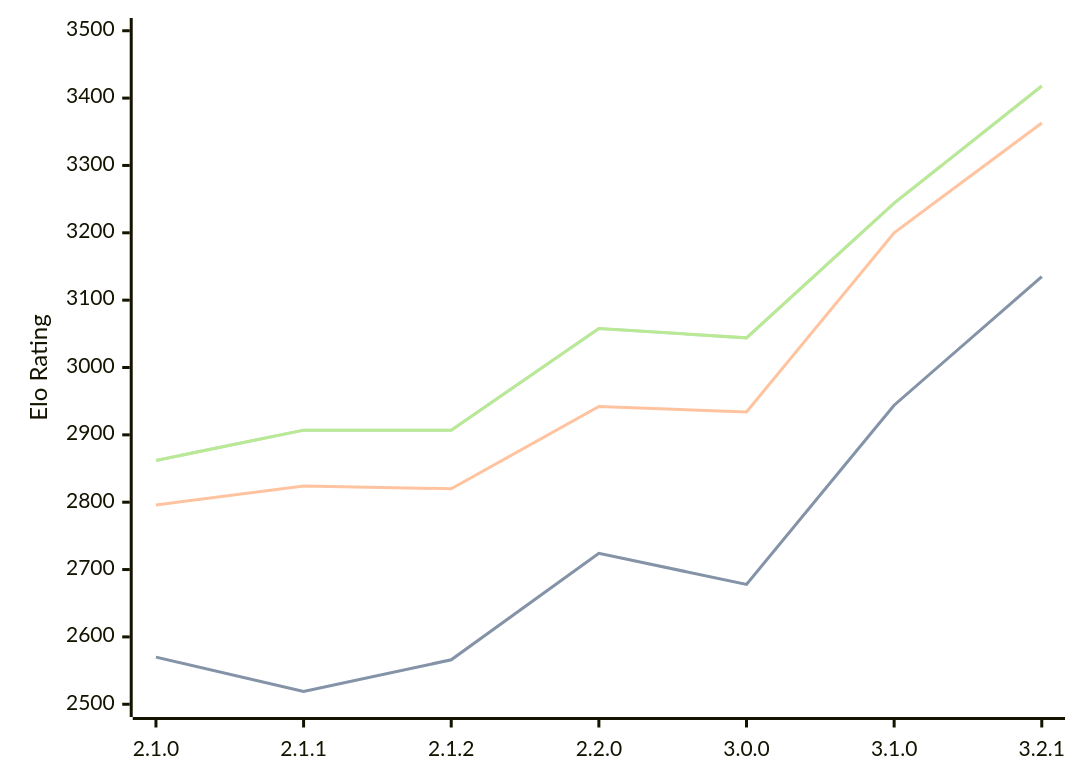
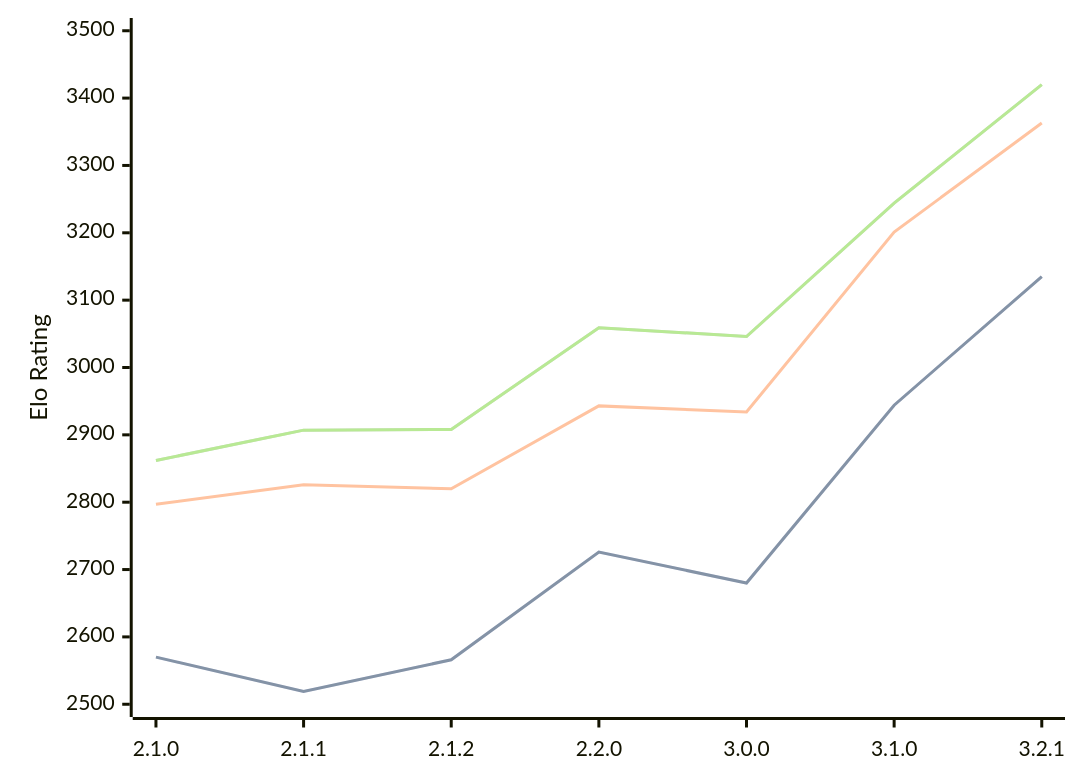
The diagram in engines/Prune.md (computer-chess-index/cci), drawn with Mermaid before and after one commit. The commit also changed other lines of this file, not shown here.

Commit message:
Update CCI Ratings (ELO VLTC) - 2026-04-24

````diff
--- a/engines/Prune.md
+++ b/engines/Prune.md
@@ -42,11 +42,11 @@
 ```mermaid
 %%{init: {"theme":"base","themeVariables":{"seriesColors:['#a3a3a3','#222221','#faa371']}}}%%
 xychart-beta
   x-axis ["2.1.0", "2.1.1", "2.1.2", "2.2.0", "3.0.0", "3.1.0", "3.2.1"]
   y-axis "Elo Rating" 2500 --> 3500
-  line "STC (8.0+0.08s)" [2570, 2519, 2566, 2724, 2678, 2944, 3135]
-  line "STC (8.0+0.08s)" [2570, 2519, 2566, 2724, 2678, 2944, 3135]
-  line "LTC (60.0+0.60s)" [2796, 2824, 2820, 2942, 2934, 3200, 3363]
-  line "VLTC (2m24s+1.12s)" [2862, 2907, 2907, 3058, 3044, 3244, 3418]
-  line "VLTC (2m24s+1.12s)" [2862, 2907, 2907, 3058, 3044, 3244, 3418]
+  line "STC (8.0+0.08s)" [2570, 2519, 2566, 2726, 2680, 2944, 3135]
+  line "STC (8.0+0.08s)" [2570, 2519, 2566, 2726, 2680, 2944, 3135]
+  line "LTC (60.0+0.60s)" [2797, 2826, 2820, 2943, 2934, 3201, 3363]
+  line "VLTC (2m24s+1.12s)" [2862, 2907, 2908, 3059, 3046, 3244, 3420]
+  line "VLTC (2m24s+1.12s)" [2862, 2907, 2908, 3059, 3046, 3244, 3420]
 ```
````
